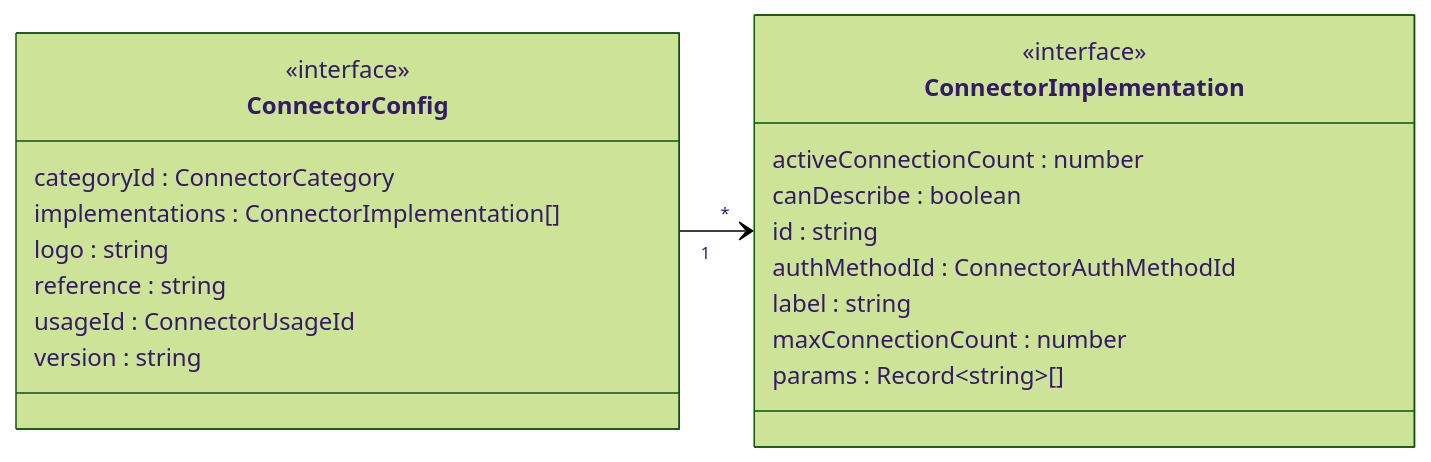
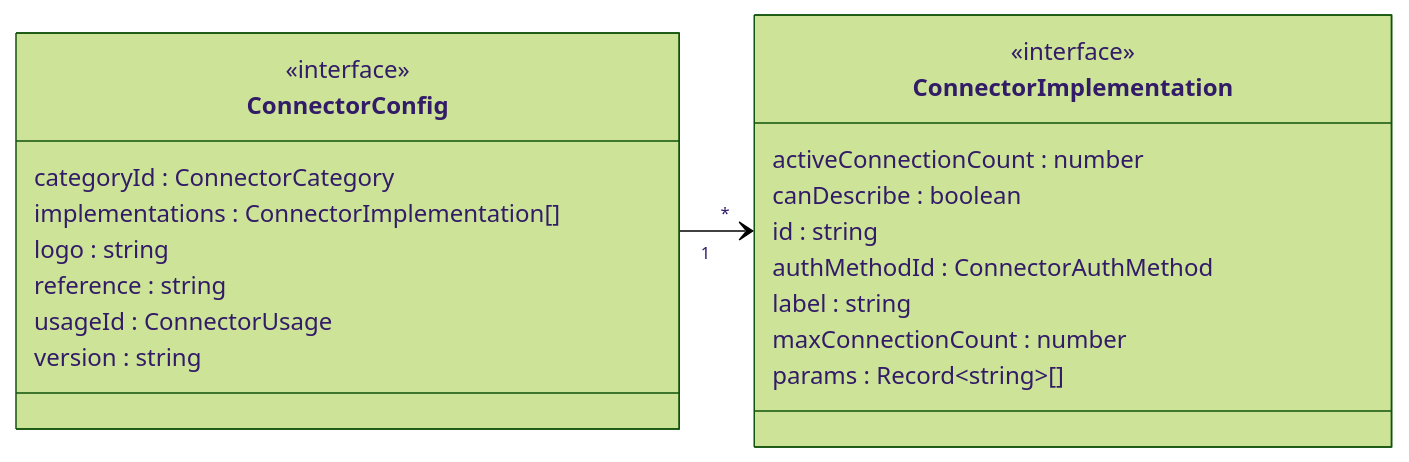
Before and after one commit to data-positioning/datapos-shared: the fourth of 14 diagrams in README.md, drawn with Mermaid (forest theme). The commit also changed other lines of this file and 4 other files, not shown here.

````diff
--- a/README.md
+++ b/README.md
@@ -145,28 +145,28 @@
 ```mermaid
 classDiagram
     direction LR
 
 
     class ConnectorConfig {
         <<interface>>
         categoryId : ConnectorCategory
         implementations : ConnectorImplementation[]
         logo : string
         reference : string
-        usageId : ConnectorUsageId
+        usageId : ConnectorUsage
         version : string
     }
 
     class ConnectorImplementation {
         <<interface>>
         activeConnectionCount : number
         canDescribe : boolean
         id : string
-        authMethodId : ConnectorAuthMethodId
+        authMethodId : ConnectorAuthMethod
         label : string
         maxConnectionCount : number
         params : Record~string~[]
     }
 
     ConnectorConfig "1" --> "*" ConnectorImplementation
 ```
````
